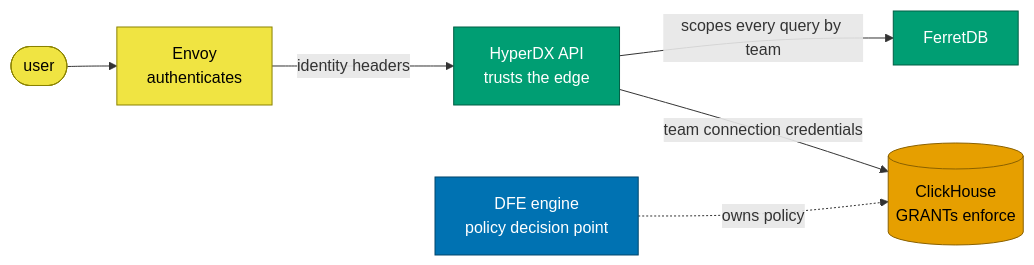
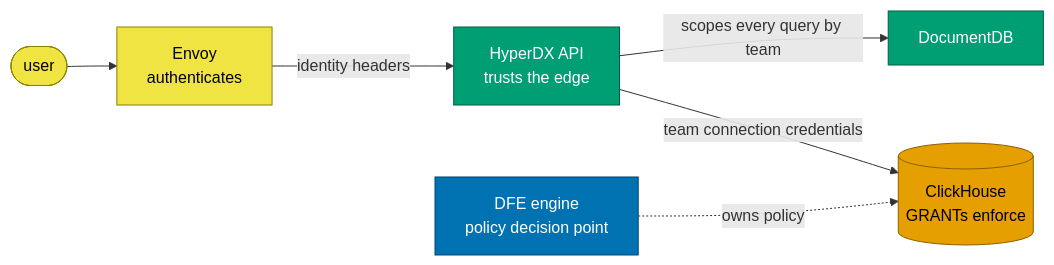
The diagram in docs/architecture/authorization.md (hyperi-io/dfe-hyperdx), drawn with Mermaid before and after one commit. The commit also changed 15 other files, not shown here.

````diff
--- a/docs/architecture/authorization.md
+++ b/docs/architecture/authorization.md
@@ -13,17 +13,17 @@
 ```mermaid
 flowchart LR
     user(["user"]) --> envoy["Envoy<br/>authenticates"]
     envoy -->|identity headers| api["HyperDX API<br/>trusts the edge"]
-    api -->|scopes every query by team| mongo["FerretDB"]
+    api -->|scopes every query by team| mongo["DocumentDB"]
     api -->|team connection credentials| ch[(ClickHouse<br/>GRANTs enforce)]
     engine["DFE engine<br/>policy decision point"] -.->|owns policy| ch
 
     classDef edge fill:#F0E442,stroke:#8a8200,color:#000000
     classDef app fill:#009E73,stroke:#005f45,color:#ffffff
     classDef ours fill:#0072B2,stroke:#00456b,color:#ffffff
     classDef store fill:#E69F00,stroke:#8a6100,color:#000000
     class envoy,user edge
     class api,mongo app
     class engine ours
     class ch store
 ```
````
